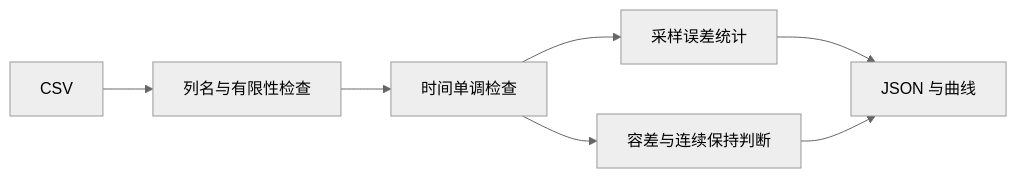
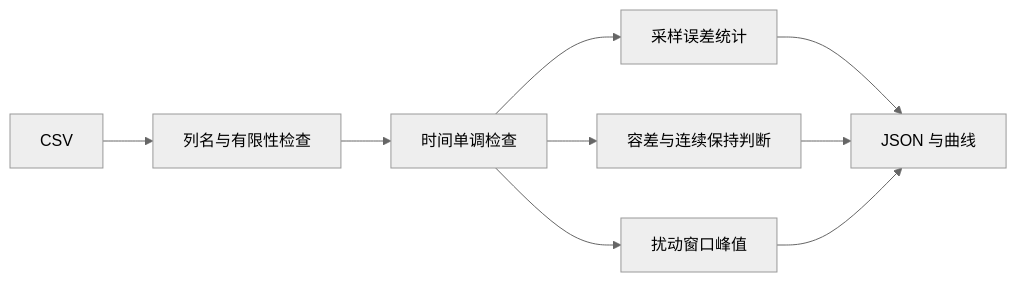
The diagram in docs/air/uav_hover_log_eval.md (OpenHUTB/ros2), drawn with Mermaid (neutral theme) before and after one commit. The commit also changed other lines of this file and 8 other files, not shown here.

````diff
--- a/docs/air/uav_hover_log_eval.md
+++ b/docs/air/uav_hover_log_eval.md
@@ -32,9 +46,11 @@
 ```mermaid
 flowchart LR
     A[CSV] --> B[列名与有限性检查]
     B --> C[时间单调检查]
     C --> D[采样误差统计]
     C --> E[容差与连续保持判断]
-    D --> F[JSON 与曲线]
-    E --> F
+    C --> F[扰动窗口峰值]
+    D --> G[JSON 与曲线]
+    E --> G
+    F --> G
 ```
````
